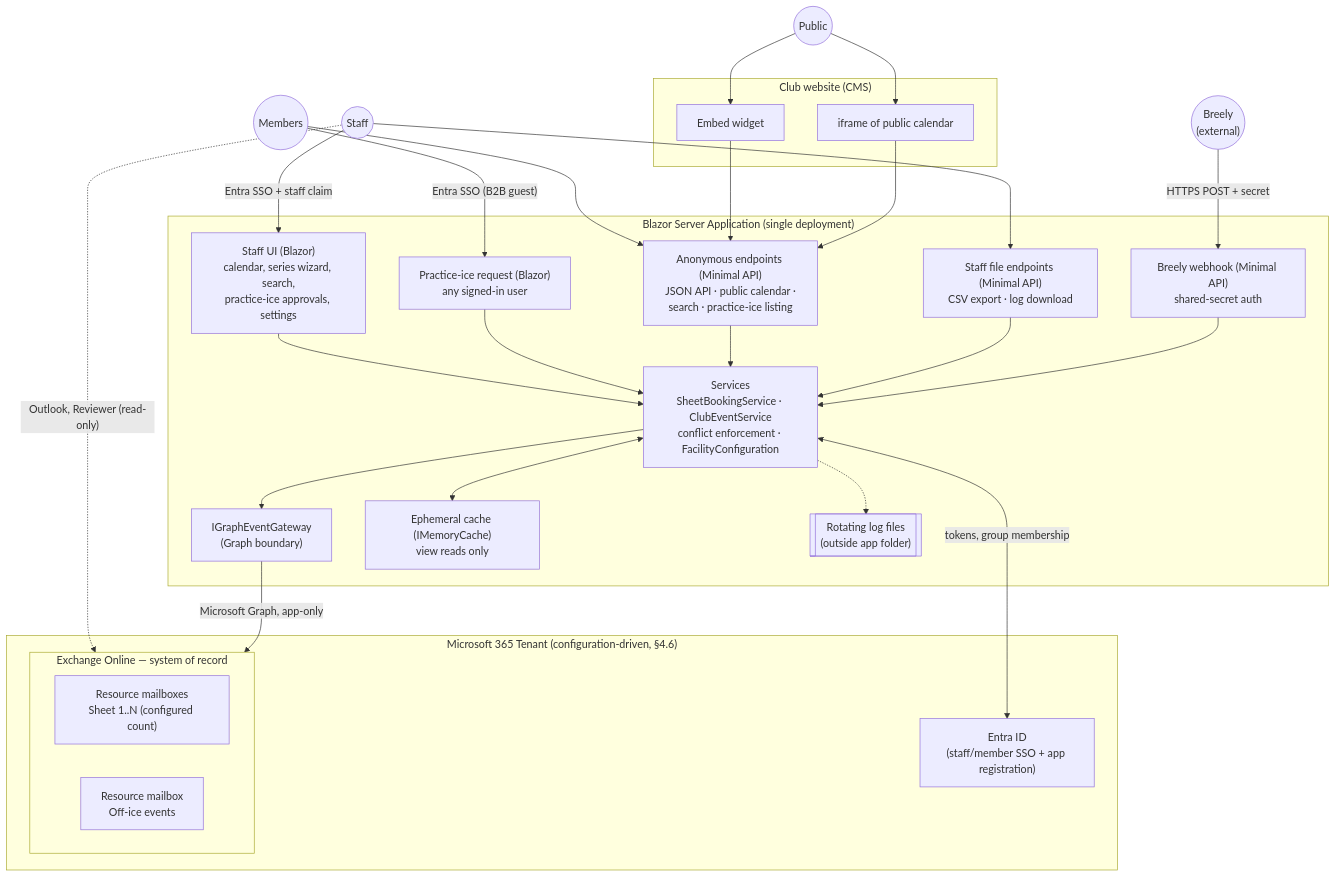
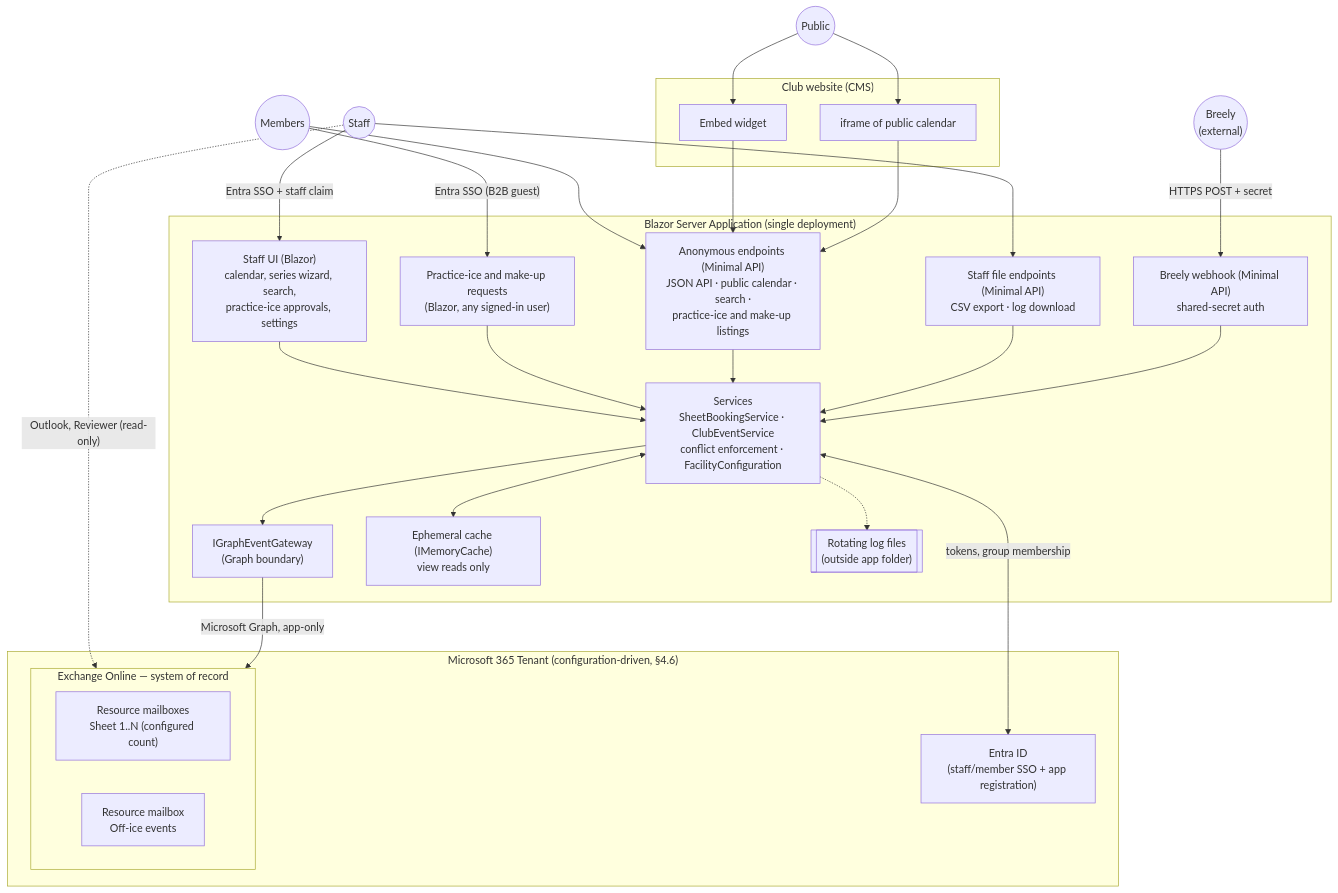
Before and after one commit to canthe64/Club_Calendar: the diagram in docs/curling-facility-scheduling-architecture.md, drawn with Mermaid. The commit also changed other lines of this file and 6 other files, not shown here.

First line of the commit message:
Document practice ice, make-up games, and per-environment AllowedHosts

````diff
--- a/docs/curling-facility-scheduling-architecture.md
+++ b/docs/curling-facility-scheduling-architecture.md
@@ -87,43 +90,43 @@
 ```mermaid
 flowchart TB
     subgraph M365 ["Microsoft 365 Tenant (configuration-driven, §4.6)"]
         EID["Entra ID<br/>(staff/member SSO + app registration)"]
         subgraph EXO ["Exchange Online — system of record"]
             SN["Resource mailboxes<br/>Sheet 1..N (configured count)"]
             CE["Resource mailbox<br/>Off-ice events"]
         end
     end
 
     subgraph App ["Blazor Server Application (single deployment)"]
         UI["Staff UI (Blazor)<br/>calendar, series wizard, search,<br/>practice-ice approvals, settings"]
         API["Services<br/>SheetBookingService · ClubEventService<br/>conflict enforcement · FacilityConfiguration"]
         GW["IGraphEventGateway<br/>(Graph boundary)"]
         CACHE["Ephemeral cache (IMemoryCache)<br/>view reads only"]
-        PUB["Anonymous endpoints (Minimal API)<br/>JSON API · public calendar ·<br/>search · practice-ice listing"]
-        MEMBER_UI["Practice-ice request (Blazor)<br/>any signed-in user"]
+        PUB["Anonymous endpoints (Minimal API)<br/>JSON API · public calendar · search ·<br/>practice-ice and make-up listings"]
+        MEMBER_UI["Practice-ice and make-up requests<br/>(Blazor, any signed-in user)"]
         STAFFHTTP["Staff file endpoints (Minimal API)<br/>CSV export · log download"]
         WEBHOOK["Breely webhook (Minimal API)<br/>shared-secret auth"]
         LOG[["Rotating log files<br/>(outside app folder)"]]
     end
 
     subgraph Web ["Club website (CMS)"]
         EMBED["Embed widget"]
         IFRAME["iframe of public calendar"]
     end
 
     BREELY(("Breely<br/>(external)"))
     STAFF(("Staff")) -->|"Entra SSO + staff claim"| UI
     STAFF --> STAFFHTTP
     STAFF -.->|"Outlook, Reviewer (read-only)"| EXO
     MEMBER(("Members")) -->|"Entra SSO (B2B guest)"| MEMBER_UI
     MEMBER --> PUB
     ANON(("Public")) --> EMBED & IFRAME
     EMBED & IFRAME --> PUB
     BREELY -->|"HTTPS POST + secret"| WEBHOOK
 
     UI & MEMBER_UI & PUB & STAFFHTTP & WEBHOOK --> API
     API <--> CACHE
     API --> GW -->|"Microsoft Graph, app-only"| EXO
     API <-->|"tokens, group membership"| EID
     API -.-> LOG
 ```
````
